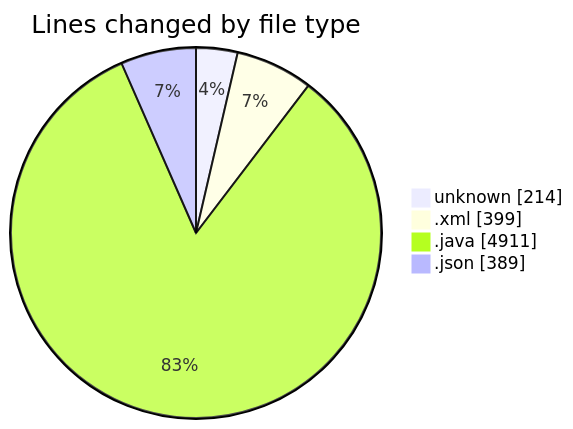
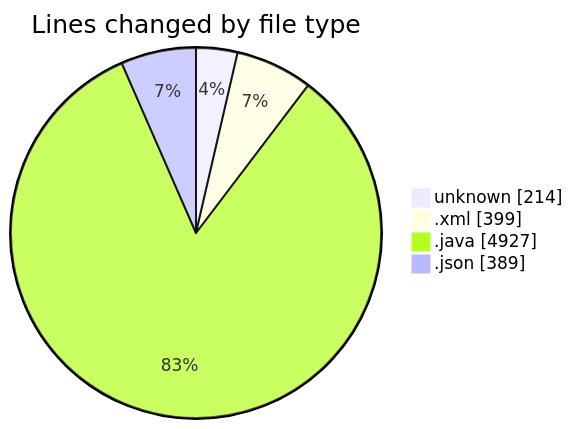
Before and after one commit to charlie-sans/code-tracking: the first of 2 diagrams in 2025-02-24/micros/README.md, drawn with Mermaid. The commit also changed other lines of this file and 1 other file, not shown here.

````diff
--- a/2025-02-24/micros/README.md
+++ b/2025-02-24/micros/README.md
@@ -35,8 +35,8 @@
 ```mermaid
 pie showData
 title Lines changed by file type
 "unknown" : 214
 ".xml" : 399
-".java" : 4911
+".java" : 4927
 ".json" : 389
 ```
````
